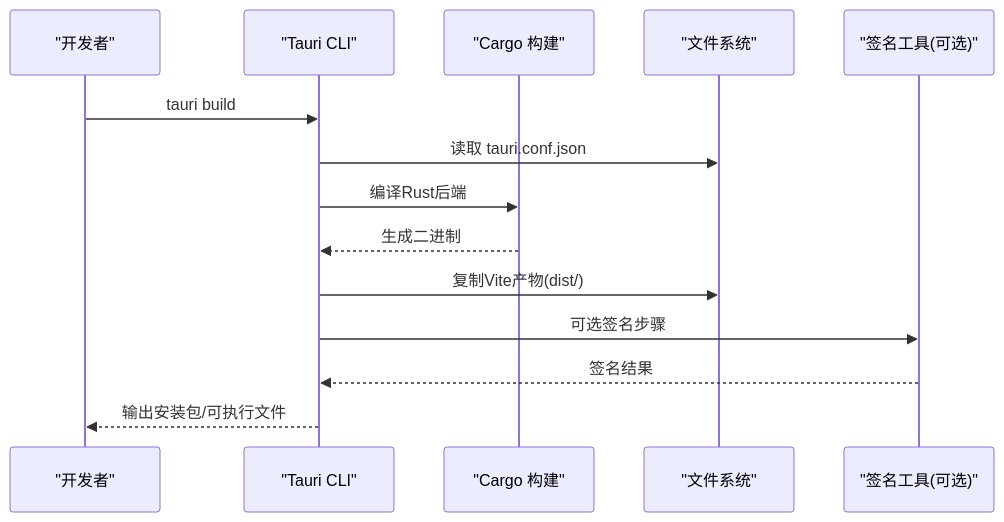
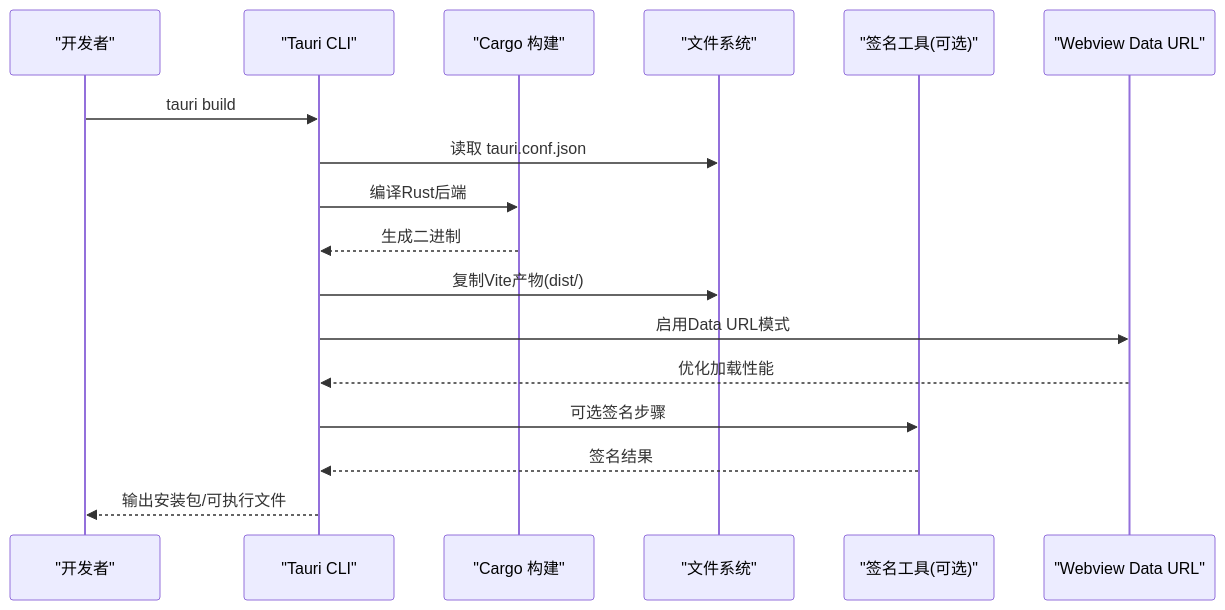
The fifth of 6 diagrams in .qoder/repowiki/zh/content/构建与部署.md (gongshiyun/ZenNote), drawn with Mermaid before and after one commit. The commit also changed other lines of this file and 21 other files, not shown here.

````diff
--- a/.qoder/repowiki/zh/content/构建与部署.md
+++ b/.qoder/repowiki/zh/content/构建与部署.md
@@ -205,16 +221,19 @@
 ```mermaid
 sequenceDiagram
 participant Dev as "开发者"
 participant Tauri as "Tauri CLI"
 participant Cargo as "Cargo 构建"
 participant FS as "文件系统"
 participant Sign as "签名工具(可选)"
+participant WebView as "Webview Data URL"
 Dev->>Tauri : tauri build
 Tauri->>FS : 读取 tauri.conf.json
 Tauri->>Cargo : 编译Rust后端
 Cargo-->>Tauri : 生成二进制
 Tauri->>FS : 复制Vite产物(dist/)
+Tauri->>WebView : 启用Data URL模式
+WebView-->>Tauri : 优化加载性能
 Tauri->>Sign : 可选签名步骤
 Sign-->>Tauri : 签名结果
 Tauri-->>Dev : 输出安装包/可执行文件
 ```
````
